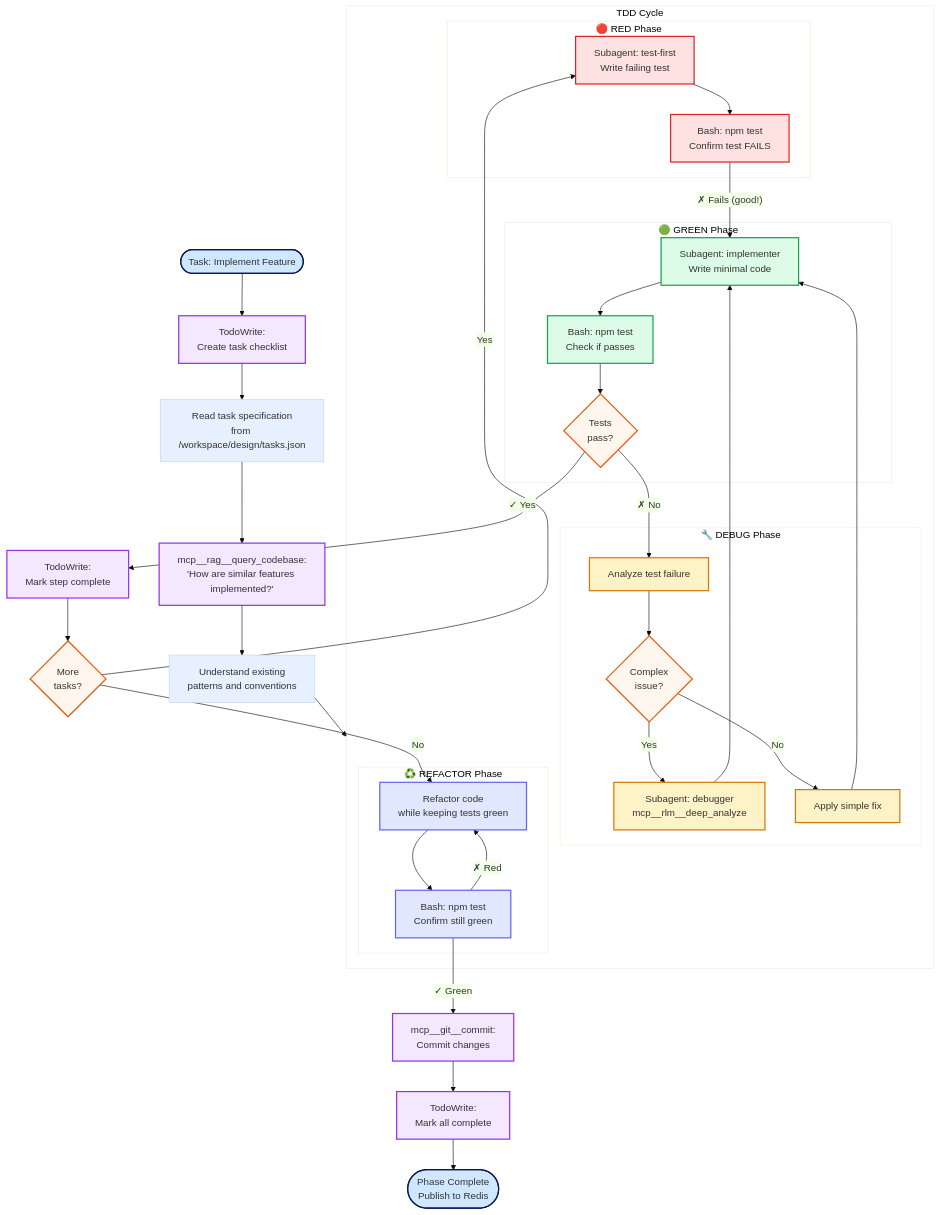
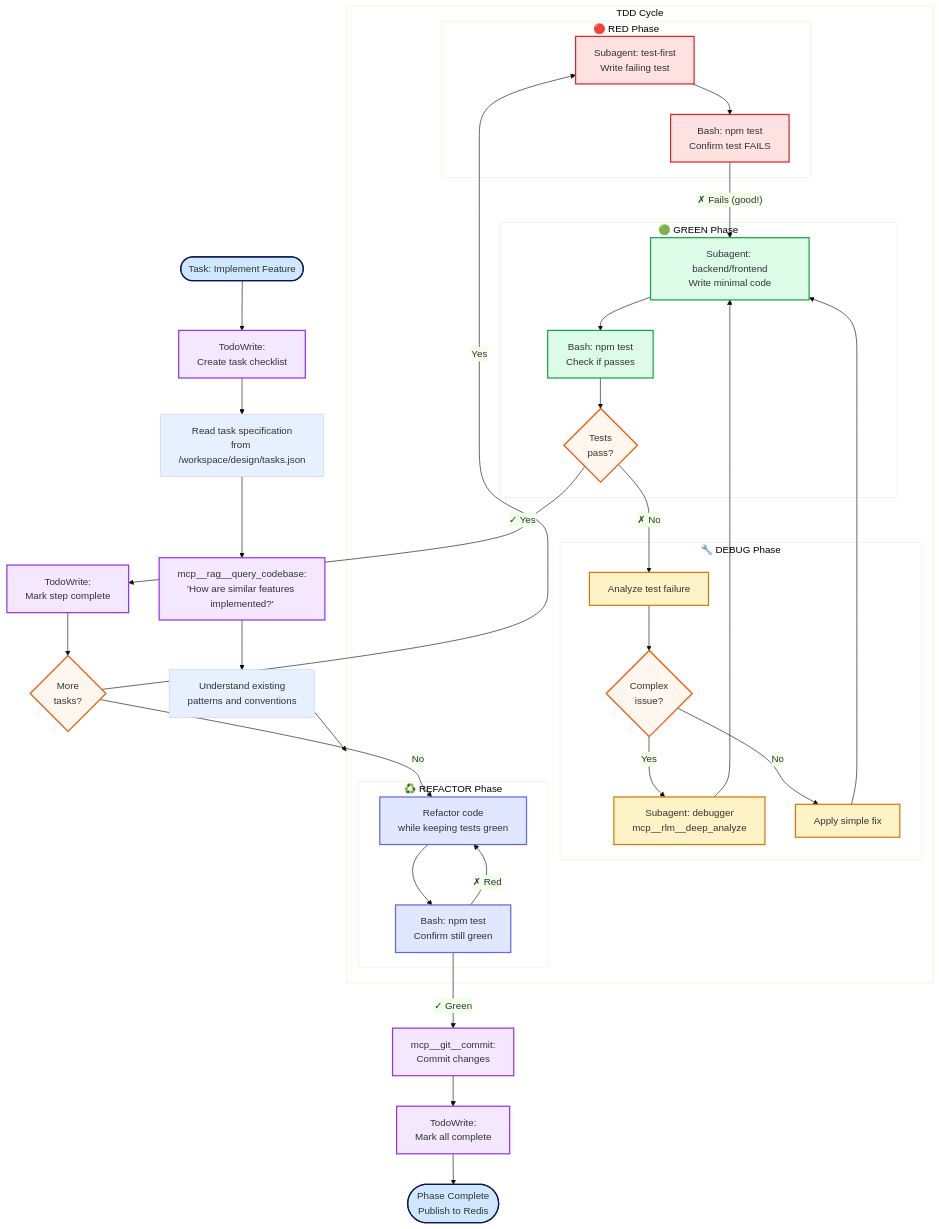
One commit to jb-612/dox-asdlc changed the diagram in docs/diagrams/08-development-tdd-workflow.mmd. Above: the diagram before and after it, drawn with Mermaid. The commit also changed 36 other files, not shown here.

```diff
--- a/docs/diagrams/08-development-tdd-workflow.mmd
+++ b/docs/diagrams/08-development-tdd-workflow.mmd
@@ -1,78 +1,78 @@
 %%{init: {'theme': 'base', 'themeVariables': { 'primaryColor': '#E6F0FF'}}}%%
 
 flowchart TD
     Start(["Task: Implement Feature"])
     --> CreateTodo["TodoWrite:\nCreate task checklist"]
     --> ReadSpec["Read task specification\nfrom /workspace/design/tasks.json"]
 
     ReadSpec --> QueryRAG["mcp__rag__query_codebase:\n'How are similar features implemented?'"]
     QueryRAG --> UnderstandPatterns["Understand existing\npatterns and conventions"]
 
     UnderstandPatterns --> TDDLoop
 
     subgraph TDDLoop["TDD Cycle"]
         subgraph Red["🔴 RED Phase"]
             WriteTest["Subagent: test-first\nWrite failing test"]
             RunTest1["Bash: npm test\nConfirm test FAILS"]
         end
 
         subgraph Green["🟢 GREEN Phase"]
-            Implement["Subagent: implementer\nWrite minimal code"]
+            Implement["Subagent: backend/frontend\nWrite minimal code"]
             RunTest2["Bash: npm test\nCheck if passes"]
             PassCheck{Tests\npass?}
         end
 
         subgraph Debug["🔧 DEBUG Phase"]
             AnalyzeError["Analyze test failure"]
             NeedDeep{Complex\nissue?}
             CallRLM["Subagent: debugger\nmcp__rlm__deep_analyze"]
             SimpleFix["Apply simple fix"]
         end
 
         subgraph Refactor["♻️ REFACTOR Phase"]
             CleanUp["Refactor code\nwhile keeping tests green"]
             RunTest3["Bash: npm test\nConfirm still green"]
         end
     end
 
     WriteTest --> RunTest1
     RunTest1 -->|"✗ Fails (good!)"| Implement
     Implement --> RunTest2
     RunTest2 --> PassCheck
 
     PassCheck -->|"✓ Yes"| UpdateTodo1["TodoWrite:\nMark step complete"]
     PassCheck -->|"✗ No"| AnalyzeError
 
     AnalyzeError --> NeedDeep
     NeedDeep -->|"Yes"| CallRLM
     NeedDeep -->|"No"| SimpleFix
     CallRLM --> Implement
     SimpleFix --> Implement
 
     UpdateTodo1 --> MoreTasks{More\ntasks?}
     MoreTasks -->|"Yes"| WriteTest
     MoreTasks -->|"No"| CleanUp
 
     CleanUp --> RunTest3
     RunTest3 -->|"✓ Green"| Commit["mcp__git__commit:\nCommit changes"]
     RunTest3 -->|"✗ Red"| CleanUp
 
     Commit --> UpdateTodo2["TodoWrite:\nMark all complete"]
     UpdateTodo2 --> Complete(["Phase Complete\nPublish to Redis"])
 
     %% Styling
     classDef start fill:#D0E8FF,stroke:#0b1559,stroke-width:2px
     classDef red fill:#FEE2E2,stroke:#dc2626,stroke-width:2px
     classDef green fill:#DCFCE7,stroke:#16a34a,stroke-width:2px
     classDef debug fill:#FEF3C7,stroke:#d97706,stroke-width:2px
     classDef refactor fill:#E0E7FF,stroke:#6366f1,stroke-width:2px
     classDef decision fill:#FFF7ED,stroke:#EA580C,stroke-width:2px
     classDef tool fill:#F3E8FF,stroke:#9333ea,stroke-width:2px
 
     class Start,Complete start
     class WriteTest,RunTest1 red
     class Implement,RunTest2 green
     class AnalyzeError,CallRLM,SimpleFix debug
     class CleanUp,RunTest3 refactor
     class PassCheck,NeedDeep,MoreTasks decision
     class CreateTodo,QueryRAG,Commit,UpdateTodo1,UpdateTodo2 tool
```
